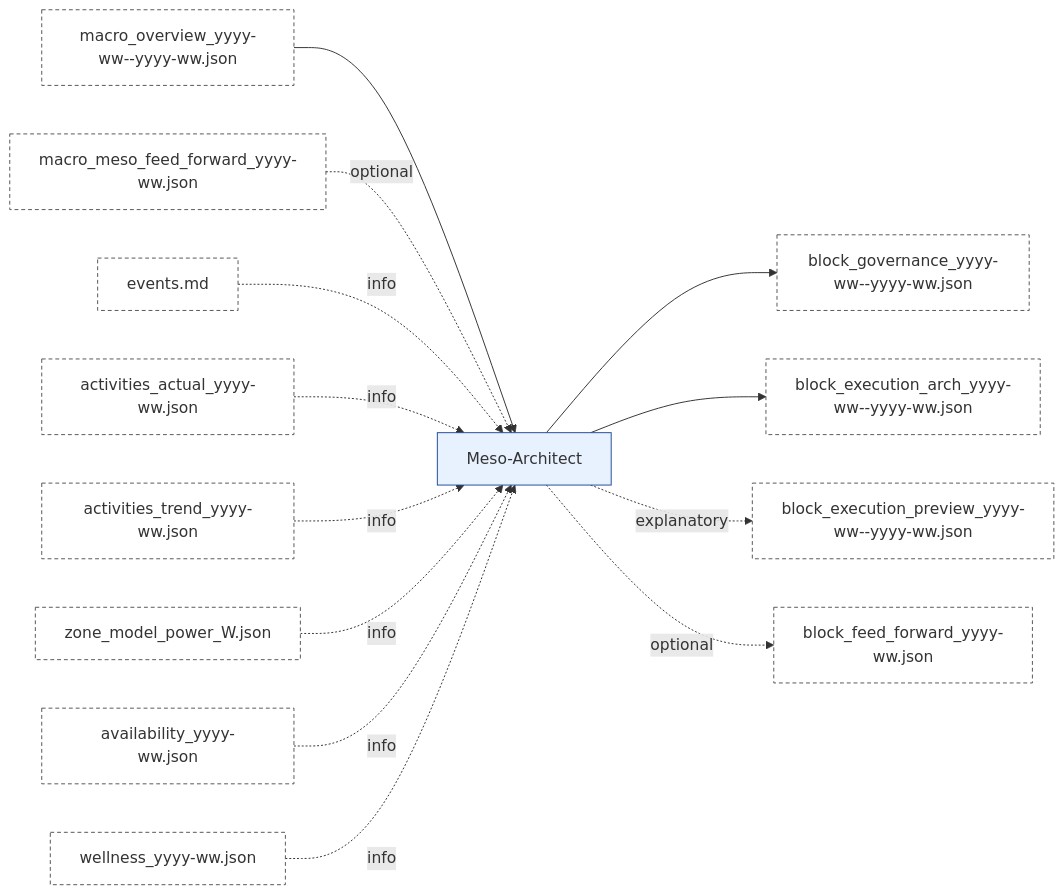
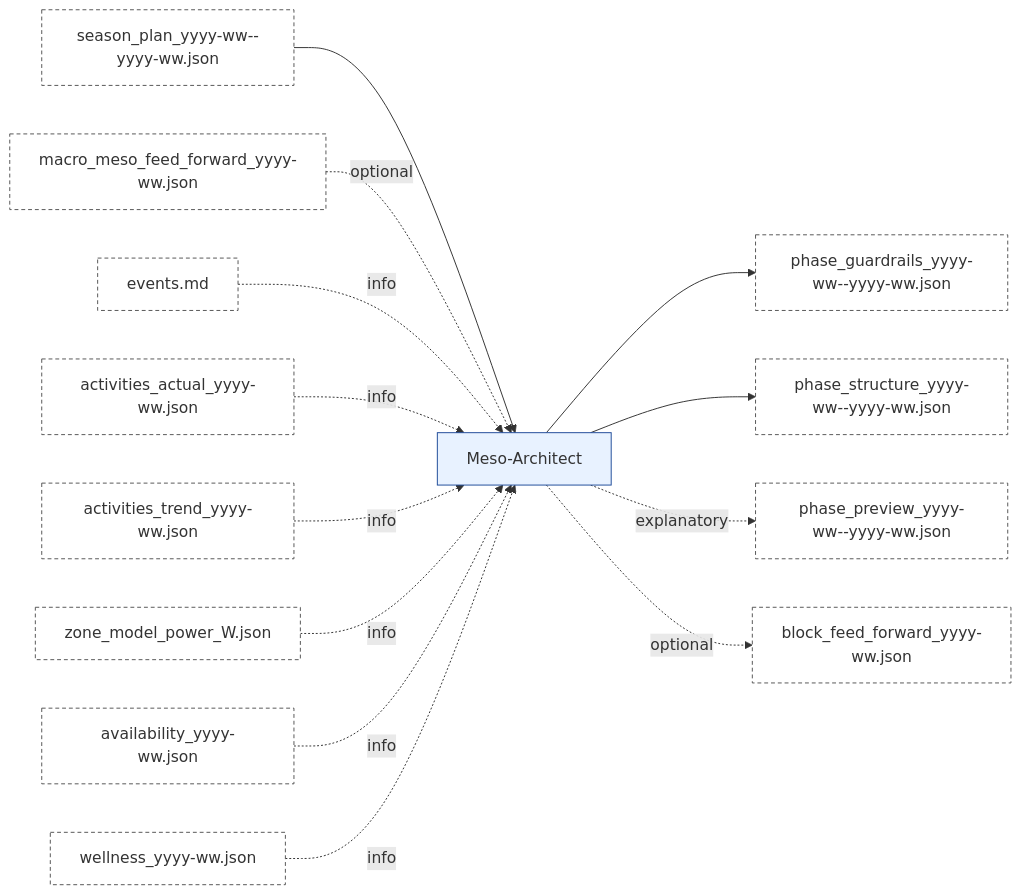
The fourth of 8 diagrams in doc/artefact_flow_overview_and_detail.md (albauer-priv/RPS), drawn with Mermaid before and after one commit. The commit also changed other lines of this file and 94 other files, not shown here.

Commit message:
Rename artefacts to season/phase/weekly naming

````diff
--- a/doc/artefact_flow_overview_and_detail.md
+++ b/doc/artefact_flow_overview_and_detail.md
@@ -216,19 +216,19 @@
 ```mermaid
 flowchart LR
-  MO[macro_overview_yyyy-ww--yyyy-ww.json]:::artefact --> ME[Meso-Architect]:::agent
+  MO[season_plan_yyyy-ww--yyyy-ww.json]:::artefact --> ME[Meso-Architect]:::agent
   MMFF[macro_meso_feed_forward_yyyy-ww.json]:::artefact -. optional .-> ME
   EV[events.md]:::artefact -. info .-> ME
   AA[activities_actual_yyyy-ww.json]:::artefact -. info .-> ME
   AT[activities_trend_yyyy-ww.json]:::artefact -. info .-> ME
   ZM[zone_model_power_<FTP>W.json]:::artefact -. info .-> ME
   AV[availability_yyyy-ww.json]:::artefact -. info .-> ME
   WL[wellness_yyyy-ww.json]:::artefact -. info .-> ME
 
-  ME --> BG[block_governance_yyyy-ww--yyyy-ww.json]:::artefact
-  ME --> BEA[block_execution_arch_yyyy-ww--yyyy-ww.json]:::artefact
-  ME -. explanatory .-> BEP[block_execution_preview_yyyy-ww--yyyy-ww.json]:::artefact
+  ME --> BG[phase_guardrails_yyyy-ww--yyyy-ww.json]:::artefact
+  ME --> BEA[phase_structure_yyyy-ww--yyyy-ww.json]:::artefact
+  ME -. explanatory .-> BEP[phase_preview_yyyy-ww--yyyy-ww.json]:::artefact
   ME -. optional .-> BFF[block_feed_forward_yyyy-ww.json]:::artefact
 
   classDef agent fill:#e8f2ff,stroke:#1f4b99,stroke-width:1px;
   classDef artefact fill:#ffffff,stroke:#555,stroke-dasharray: 4 3,stroke-width:1px;
 ```
````
